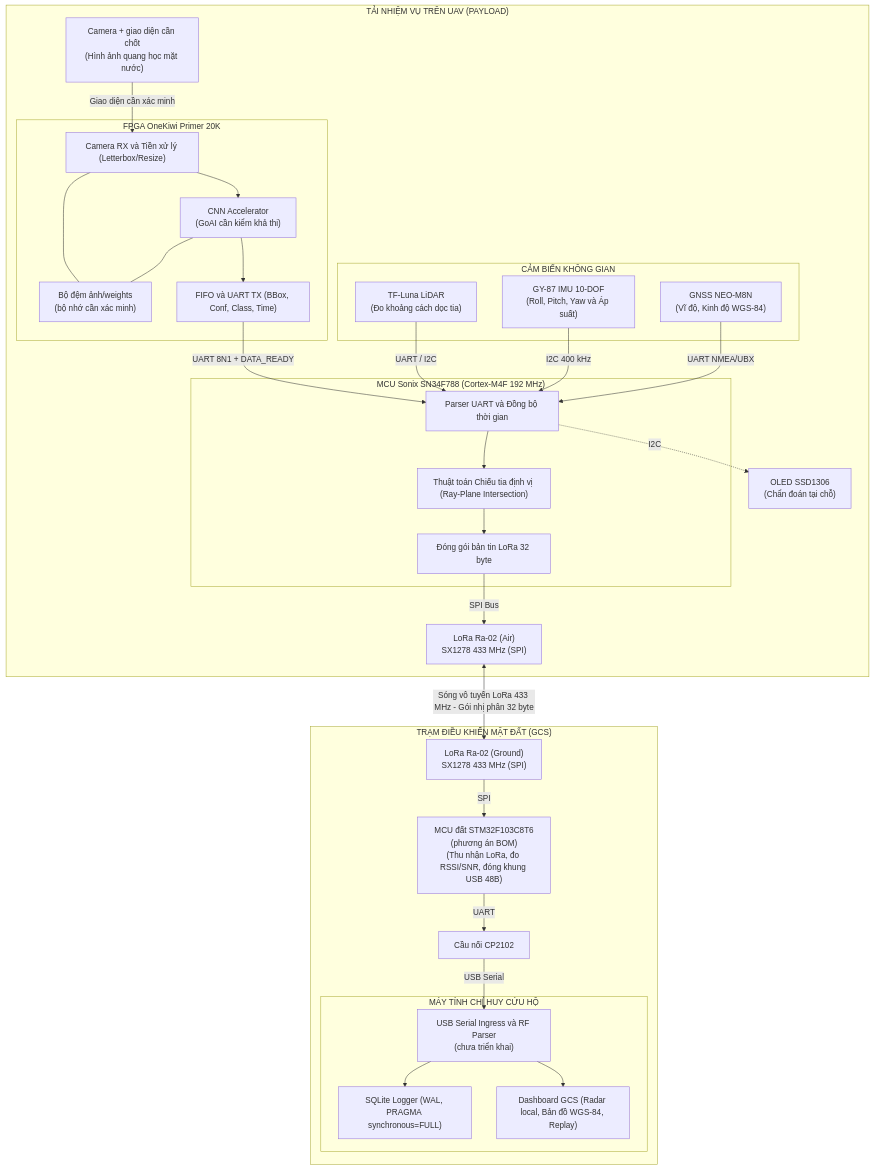
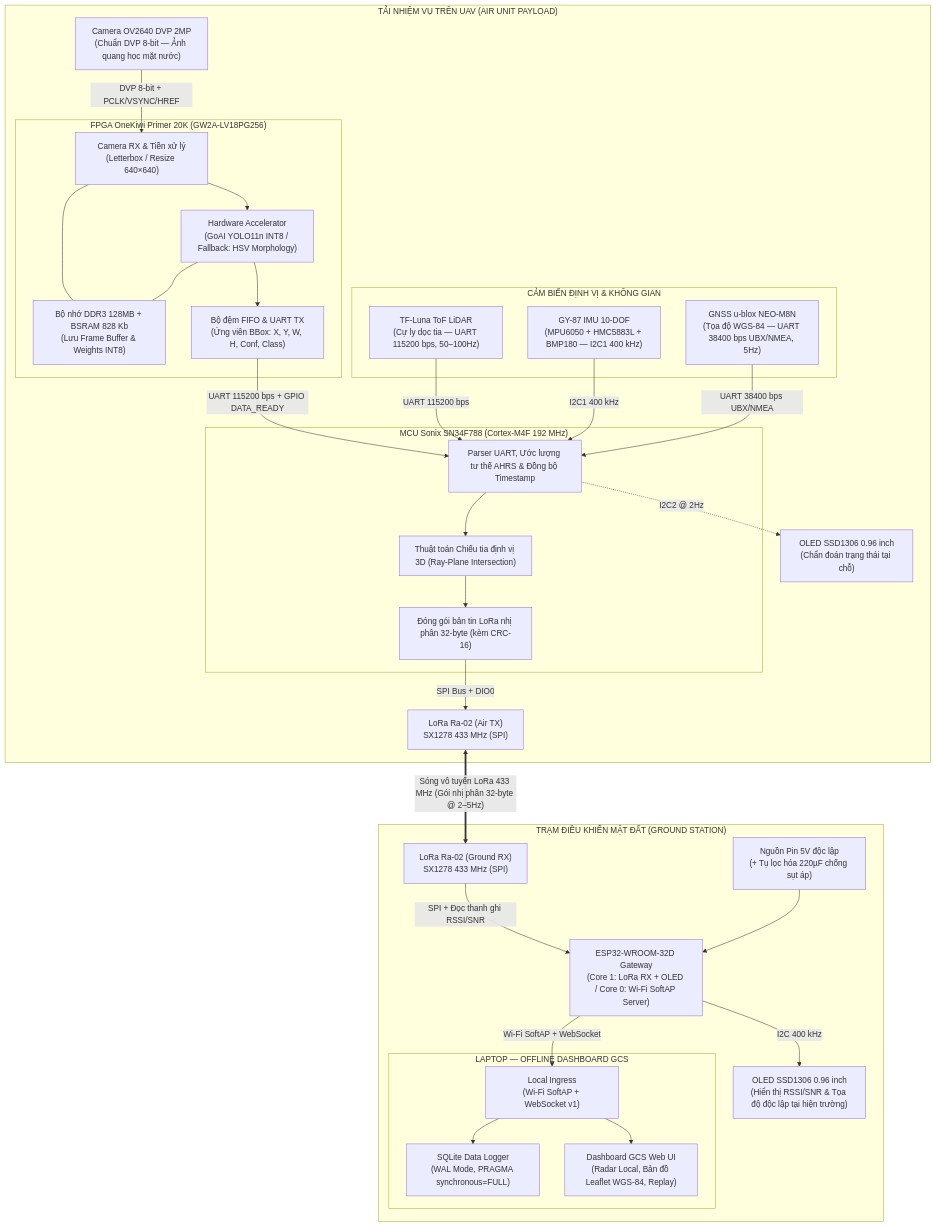
Before and after one commit to duyphong375/Project_UAV: the diagram in docs/KVC_ThietKeHeThong.md, drawn with Mermaid. The commit also changed other lines of this file and 20 other files, not shown here.

````diff
--- a/docs/KVC_ThietKeHeThong.md
+++ b/docs/KVC_ThietKeHeThong.md
@@ -86,56 +87,59 @@
 ```mermaid
 flowchart TB
-    subgraph AIR["TẢI NHIỆM VỤ TRÊN UAV (PAYLOAD)"]
-        CAM["Camera + giao diện cần chốt<br/>(Hình ảnh quang học mặt nước)"]
-        subgraph FPGA_BOX["FPGA OneKiwi Primer 20K"]
-            RX["Camera RX và Tiền xử lý (Letterbox/Resize)"]
-            MEM["Bộ đệm ảnh/weights<br/>(bộ nhớ cần xác minh)"]
-            AI["CNN Accelerator<br/>(GoAI cần kiểm khả thi)"]
-            TX["FIFO và UART TX (BBox, Conf, Class, Time)"]
+    subgraph AIR["TẢI NHIỆM VỤ TRÊN UAV (AIR UNIT PAYLOAD)"]
+        CAM["Camera OV2640 DVP 2MP<br/>(Chuẩn DVP 8-bit — Ảnh quang học mặt nước)"]
+        subgraph FPGA_BOX["FPGA OneKiwi Primer 20K (GW2A-LV18PG256)"]
+            RX["Camera RX & Tiền xử lý<br/>(Letterbox / Resize 640×640)"]
+            MEM["Bộ nhớ DDR3 128MB + BSRAM 828 Kb<br/>(Lưu Frame Buffer & Weights INT8)"]
+            AI["Hardware Accelerator<br/>(GoAI YOLO11n INT8 / Fallback: HSV Morphology)"]
+            TX["Bộ đệm FIFO & UART TX<br/>(Ứng viên BBox: X, Y, W, H, Conf, Class)"]
             RX --- MEM
             RX --> AI
             AI --- MEM
             AI --> TX
         end
         subgraph MCU_AIR["MCU Sonix SN34F788 (Cortex-M4F 192 MHz)"]
-            FUSION["Parser UART và Đồng bộ thời gian"]
-            GEOREF["Thuật toán Chiếu tia định vị (Ray-Plane Intersection)"]
-            PACKET["Đóng gói bản tin LoRa 32 byte"]
+            FUSION["Parser UART, Ước lượng tư thế AHRS & Đồng bộ Timestamp"]
+            GEOREF["Thuật toán Chiếu tia định vị 3D (Ray-Plane Intersection)"]
+            PACKET["Đóng gói bản tin LoRa nhị phân 32-byte (kèm CRC-16)"]
             FUSION --> GEOREF --> PACKET
         end
-        subgraph SENSORS["CẢM BIẾN KHÔNG GIAN"]
-            LIDAR["TF-Luna LiDAR<br/>(Đo khoảng cách dọc tia)"]
-            IMU["GY-87 IMU 10-DOF<br/>(Roll, Pitch, Yaw và Áp suất)"]
-            GNSS["GNSS NEO-M8N<br/>(Vĩ độ, Kinh độ WGS-84)"]
+        subgraph SENSORS["CẢM BIẾN ĐỊNH VỊ & KHÔNG GIAN"]
+            LIDAR["TF-Luna ToF LiDAR<br/>(Cự ly dọc tia — UART 115200 bps, 50–100Hz)"]
+            IMU["GY-87 IMU 10-DOF<br/>(MPU6050 + HMC5883L + BMP180 — I2C1 400 kHz)"]
+            GNSS["GNSS u-blox NEO-M8N<br/>(Tọa độ WGS-84 — UART 38400 bps UBX/NMEA, 5Hz)"]
         end
-        RF1["LoRa Ra-02 (Air)<br/>SX1278 433 MHz (SPI)"]
-        OLED["OLED SSD1306<br/>(Chẩn đoán tại chỗ)"]
+        RF1["LoRa Ra-02 (Air TX)<br/>SX1278 433 MHz (SPI)"]
+        OLED_AIR["OLED SSD1306 0.96 inch<br/>(Chẩn đoán trạng thái tại chỗ)"]
 
-        CAM -->|Giao diện cần xác minh| RX
-        TX -->|UART 8N1 + DATA_READY| FUSION
-        LIDAR -->|UART / I2C| FUSION
-        IMU -->|I2C 400 kHz| FUSION
-        GNSS -->|UART NMEA/UBX| FUSION
-        PACKET -->|SPI Bus| RF1
-        FUSION -.->|I2C| OLED
+        CAM -->|DVP 8-bit + PCLK/VSYNC/HREF| RX
+        TX -->|UART 115200 bps + GPIO DATA_READY| FUSION
+        LIDAR -->|UART 115200 bps| FUSION
+        IMU -->|I2C1 400 kHz| FUSION
+        GNSS -->|UART 38400 bps UBX/NMEA| FUSION
+        PACKET -->|SPI Bus + DIO0| RF1
+        FUSION -.->|I2C2 @ 2Hz| OLED_AIR
     end
 
-    subgraph GROUND["TRẠM ĐIỀU KHIỂN MẶT ĐẤT (GCS)"]
-        RF2["LoRa Ra-02 (Ground)<br/>SX1278 433 MHz (SPI)"]
-        MCU_GND["MCU đất STM32F103C8T6<br/>(phương án BOM)<br/>(Thu nhận LoRa, đo RSSI/SNR, đóng khung USB 48B)"]
-        USB["Cầu nối CP2102"]
-        subgraph PC["MÁY TÍNH CHỈ HUY CỨU HỘ"]
-            PARSER["USB Serial Ingress và RF Parser<br/>(chưa triển khai)"]
-            DB["SQLite Logger (WAL, PRAGMA synchronous=FULL)"]
-            UI["Dashboard GCS (Radar local, Bản đồ WGS-84, Replay)"]
-            PARSER --> DB
-            PARSER --> UI
+    subgraph GROUND["TRẠM ĐIỀU KHIỂN MẶT ĐẤT (GROUND STATION)"]
+        RF2["LoRa Ra-02 (Ground RX)<br/>SX1278 433 MHz (SPI)"]
+        MCU_GND["ESP32-WROOM-32D Gateway<br/>(Core 1: LoRa RX + OLED / Core 0: Wi-Fi SoftAP Server)"]
+        OLED_GND["OLED SSD1306 0.96 inch<br/>(Hiển thị RSSI/SNR & Tọa độ độc lập tại hiện trường)"]
+        PWR["Nguồn Pin 5V độc lập<br/>(+ Tụ lọc hóa 220µF chống sụt áp)"]
+
+        subgraph PC["LAPTOP — OFFLINE DASHBOARD GCS"]
+            INGRESS["Local Ingress<br/>(Wi-Fi SoftAP + WebSocket v1)"]
+            DB["SQLite Data Logger<br/>(WAL Mode, PRAGMA synchronous=FULL)"]
+            UI["Dashboard GCS Web UI<br/>(Radar Local, Bản đồ Leaflet WGS-84, Replay)"]
+            INGRESS --> DB
+            INGRESS --> UI
         end
 
-        RF2 -->|SPI| MCU_GND
-        MCU_GND -->|UART| USB
-        USB -->|USB Serial| PARSER
+        RF2 -->|SPI + Đọc thanh ghi RSSI/SNR| MCU_GND
+        PWR --> MCU_GND
+        MCU_GND -->|I2C 400 kHz| OLED_GND
+        MCU_GND -->|Wi-Fi SoftAP + WebSocket| INGRESS
     end
 
-    RF1 <-->|Sóng vô tuyến LoRa 433 MHz - Gói nhị phân 32 byte| RF2
+    RF1 <==>|"Sóng vô tuyến LoRa 433 MHz (Gói nhị phân 32-byte @ 2–5Hz)"| RF2
 ```
````
